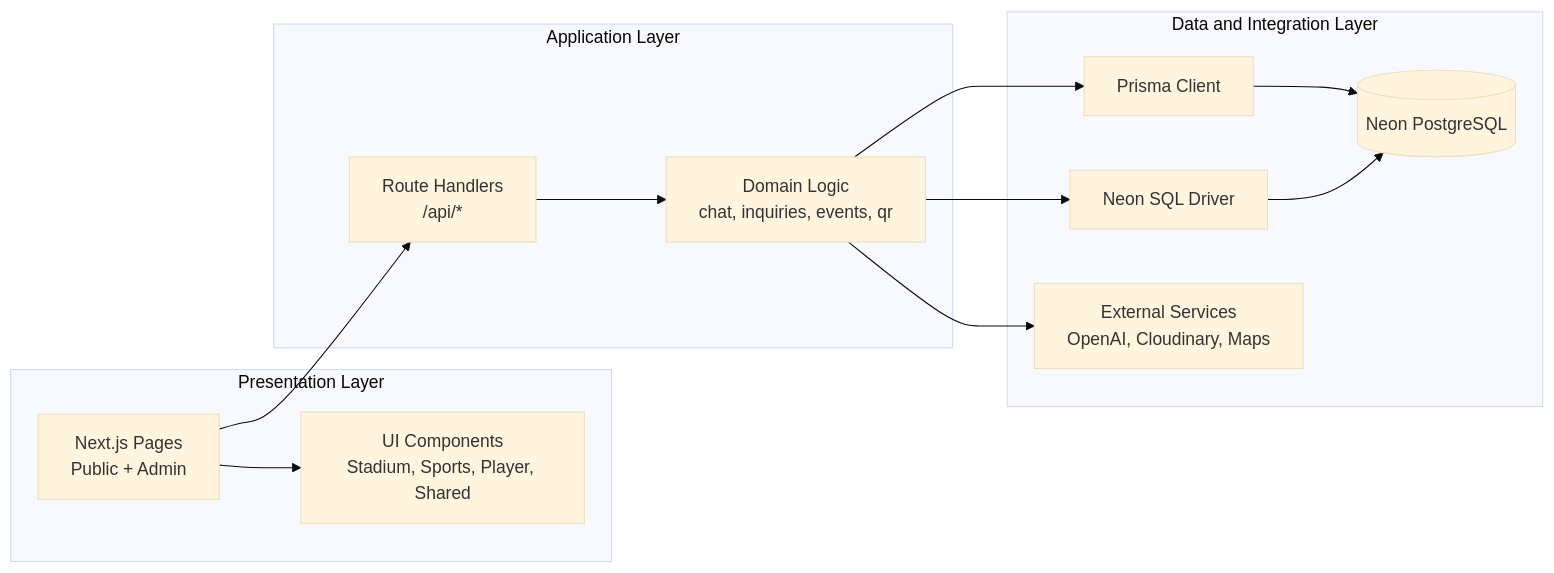
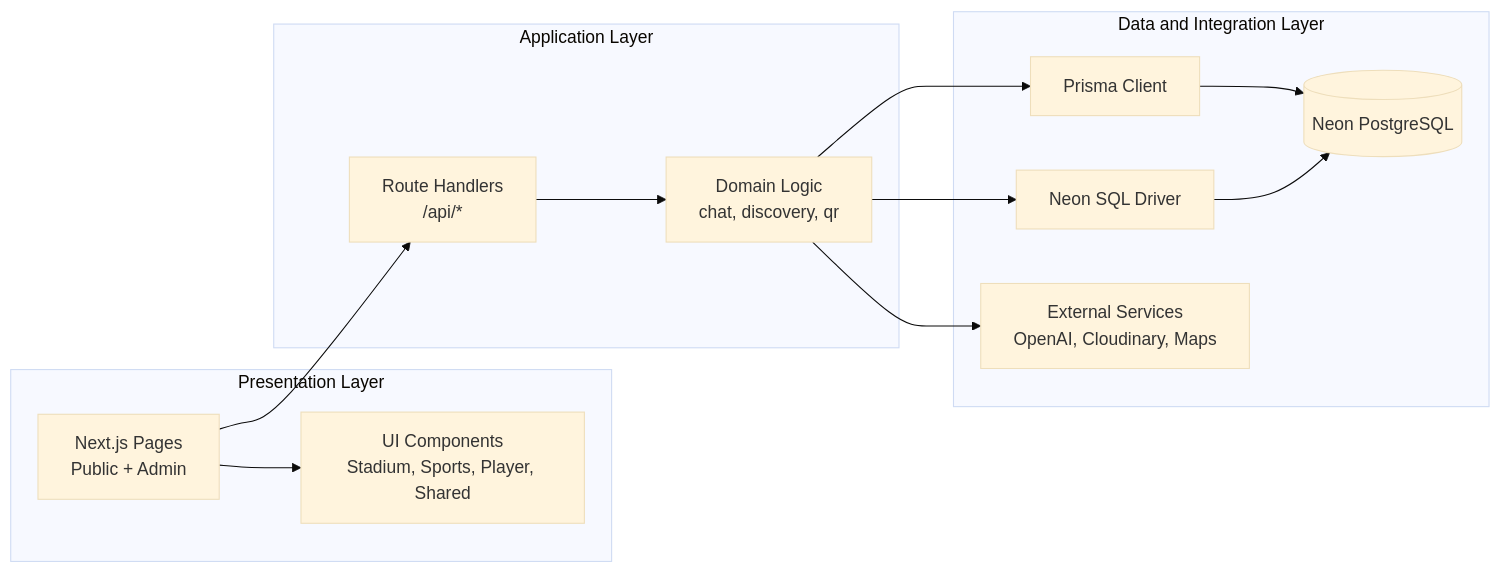
Before and after one commit to satyansh911/InStadiumWeb: the second of 15 diagrams in README.md, drawn with Mermaid (base theme). The commit also changed other lines of this file, not shown here.

Commit message:
routing architecture diagram updated

````diff
--- a/README.md
+++ b/README.md
@@ -54,28 +54,28 @@
 ```mermaid
 flowchart LR
       subgraph Presentation Layer
          pages[Next.js Pages\nPublic + Admin]
          comps[UI Components\nStadium, Sports, Player, Shared]
       end
 
       subgraph Application Layer
          routes[Route Handlers\n/api/*]
-         services[Domain Logic\nchat, inquiries, events, qr]
+         services[Domain Logic\nchat, discovery, qr]
       end
 
       subgraph Data and Integration Layer
          prisma[Prisma Client]
          neon[(Neon PostgreSQL)]
          sql[Neon SQL Driver]
          ext[External Services\nOpenAI, Cloudinary, Maps]
       end
 
       pages --> comps
       pages --> routes
       routes --> services
       services --> prisma
       services --> sql
       prisma --> neon
       sql --> neon
       services --> ext
 ```
````
